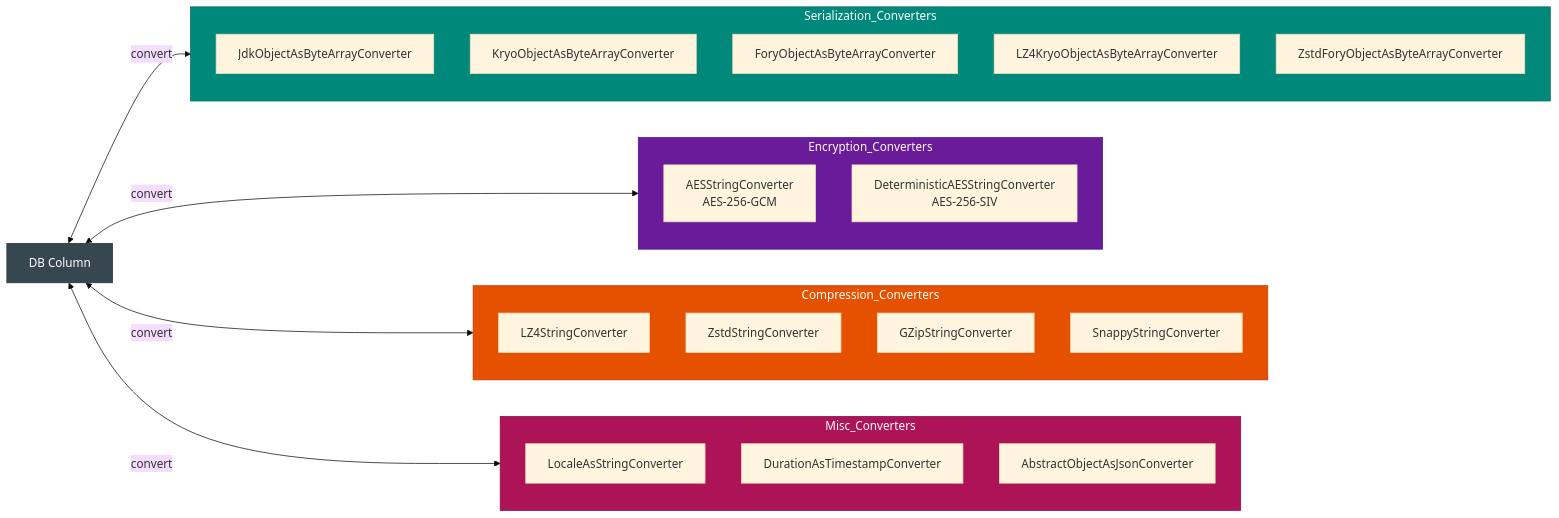
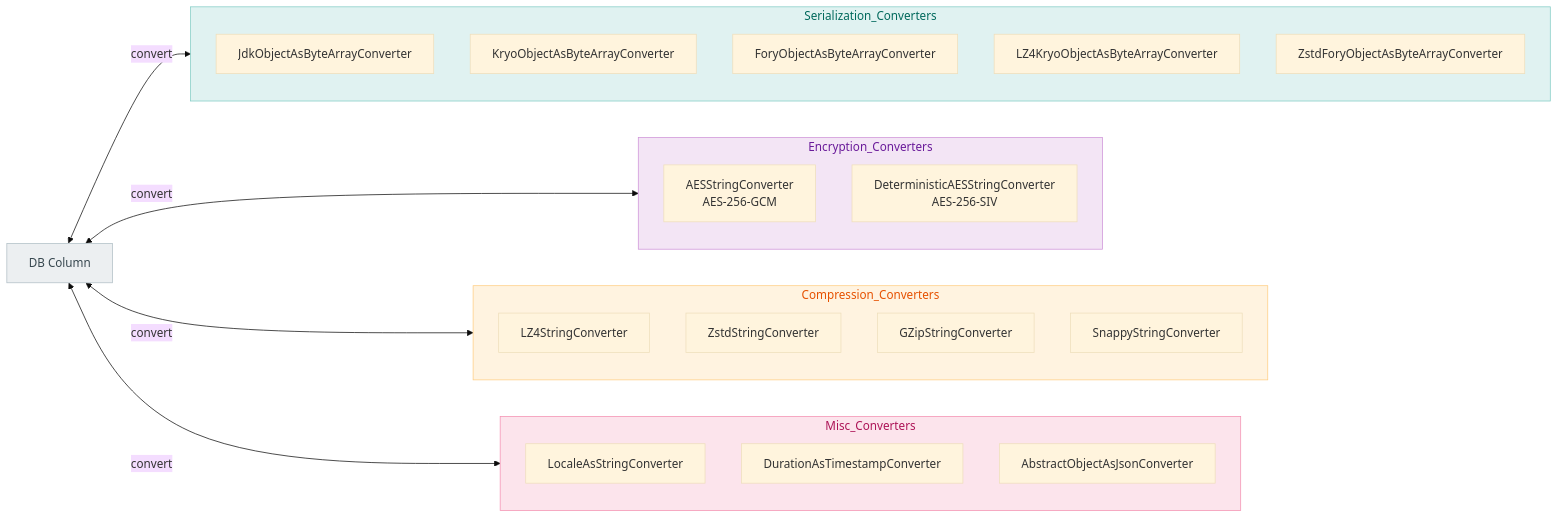
The third of 3 diagrams in data/hibernate/README.md (bluetape4k/bluetape4k-projects), drawn with Mermaid (base theme) before and after one commit. The commit also changed other lines of this file and 219 other files, not shown here.

First line of the commit message:
docs: 전체 README Mermaid 다이어그램 가이드 적용

````diff
--- a/data/hibernate/README.md
+++ b/data/hibernate/README.md
@@ -609,42 +609,42 @@
 ```mermaid
 flowchart LR
     subgraph Serialization_Converters
         A1[JdkObjectAsByteArrayConverter]
         A2[KryoObjectAsByteArrayConverter]
         A3[ForyObjectAsByteArrayConverter]
         A4[LZ4KryoObjectAsByteArrayConverter]
         A5[ZstdForyObjectAsByteArrayConverter]
     end
     subgraph Encryption_Converters
         B1[AESStringConverter<br/>AES-256-GCM]
         B2[DeterministicAESStringConverter<br/>AES-256-SIV]
     end
     subgraph Compression_Converters
         C1[LZ4StringConverter]
         C2[ZstdStringConverter]
         C3[GZipStringConverter]
         C4[SnappyStringConverter]
     end
     subgraph Misc_Converters
         D1[LocaleAsStringConverter]
         D2[DurationAsTimestampConverter]
         D3[AbstractObjectAsJsonConverter]
     end
 
     E[DB Column] <-->|convert| Serialization_Converters
     E <-->|convert| Encryption_Converters
     E <-->|convert| Compression_Converters
     E <-->|convert| Misc_Converters
 
-    classDef dbStyle fill:#37474F,stroke:#263238,color:#FFFFFF
-    classDef serStyle fill:#00897B,stroke:#00695C,color:#FFFFFF
-    classDef encStyle fill:#6A1B9A,stroke:#4A148C,color:#FFFFFF
-    classDef compStyle fill:#E65100,stroke:#BF360C,color:#FFFFFF
-    classDef miscStyle fill:#AD1457,stroke:#880E4F,color:#FFFFFF
+    classDef dbStyle fill:#ECEFF1,stroke:#B0BEC5,color:#37474F
+    classDef serStyle fill:#E0F2F1,stroke:#80CBC4,color:#00695C
+    classDef encStyle fill:#F3E5F5,stroke:#CE93D8,color:#6A1B9A
+    classDef compStyle fill:#FFF3E0,stroke:#FFCC80,color:#E65100
+    classDef miscStyle fill:#FCE4EC,stroke:#F48FB1,color:#AD1457
 
     class E dbStyle
     class Serialization_Converters serStyle
     class Encryption_Converters encStyle
     class Compression_Converters compStyle
     class Misc_Converters miscStyle
 ```
````
